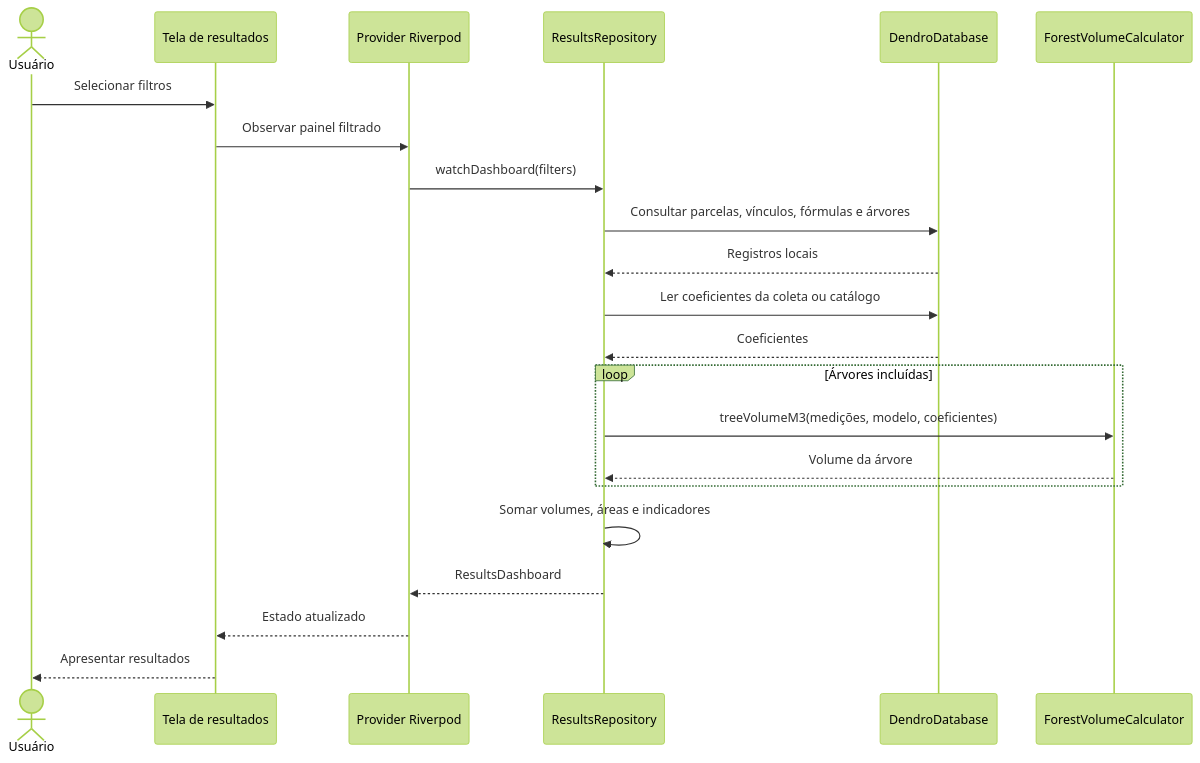
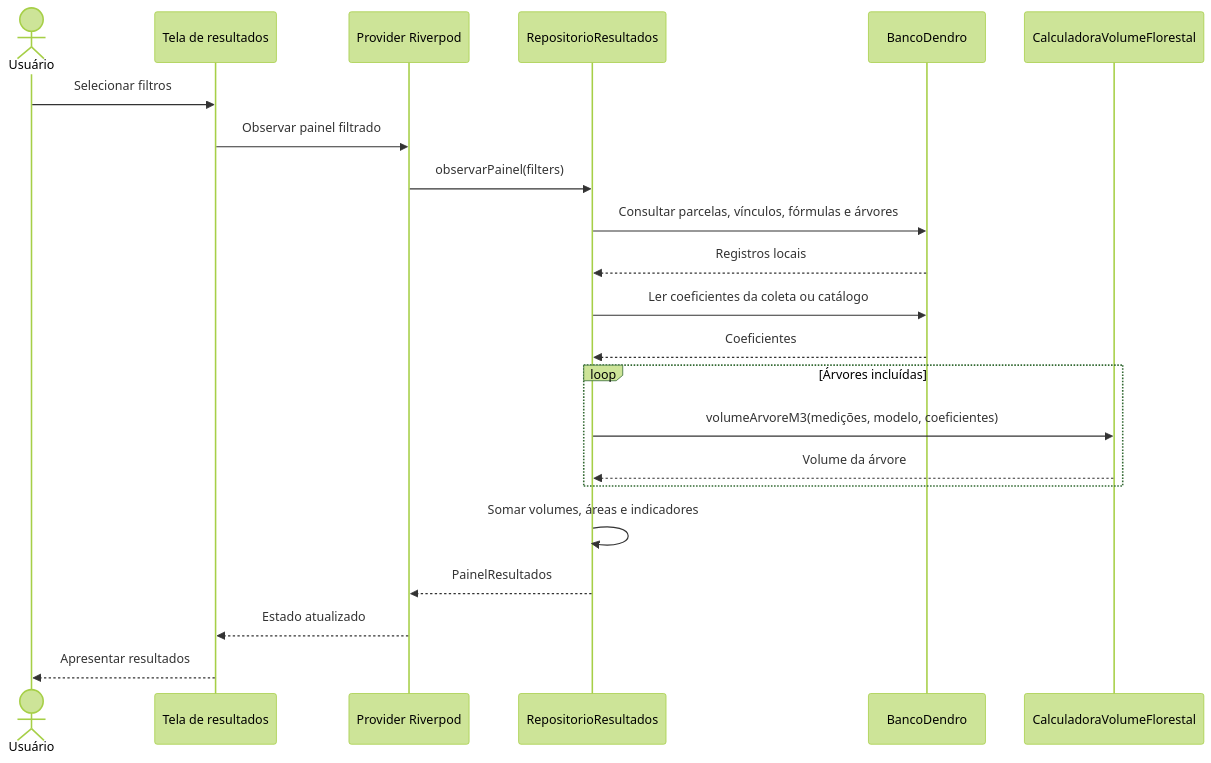
One commit to mateushernandes10-droid/dendro_mobile changed the diagram in tcc_codex_context/docs/diagrams/06_sequencia_resultados.mmd. Above: the diagram before and after it, drawn with Mermaid (forest theme). The commit also changed 110 other files, not shown here.

```diff
--- a/tcc_codex_context/docs/diagrams/06_sequencia_resultados.mmd
+++ b/tcc_codex_context/docs/diagrams/06_sequencia_resultados.mmd
@@ -1,22 +1,22 @@
 sequenceDiagram
     actor U as Usuário
     participant T as Tela de resultados
     participant P as Provider Riverpod
-    participant R as ResultsRepository
-    participant D as DendroDatabase
-    participant C as ForestVolumeCalculator
+    participant R as RepositorioResultados
+    participant D as BancoDendro
+    participant C as CalculadoraVolumeFlorestal
     U->>T: Selecionar filtros
     T->>P: Observar painel filtrado
-    P->>R: watchDashboard(filters)
+    P->>R: observarPainel(filters)
     R->>D: Consultar parcelas, vínculos, fórmulas e árvores
     D-->>R: Registros locais
     R->>D: Ler coeficientes da coleta ou catálogo
     D-->>R: Coeficientes
     loop Árvores incluídas
-        R->>C: treeVolumeM3(medições, modelo, coeficientes)
+        R->>C: volumeArvoreM3(medições, modelo, coeficientes)
         C-->>R: Volume da árvore
     end
     R->>R: Somar volumes, áreas e indicadores
-    R-->>P: ResultsDashboard
+    R-->>P: PainelResultados
     P-->>T: Estado atualizado
     T-->>U: Apresentar resultados
```
